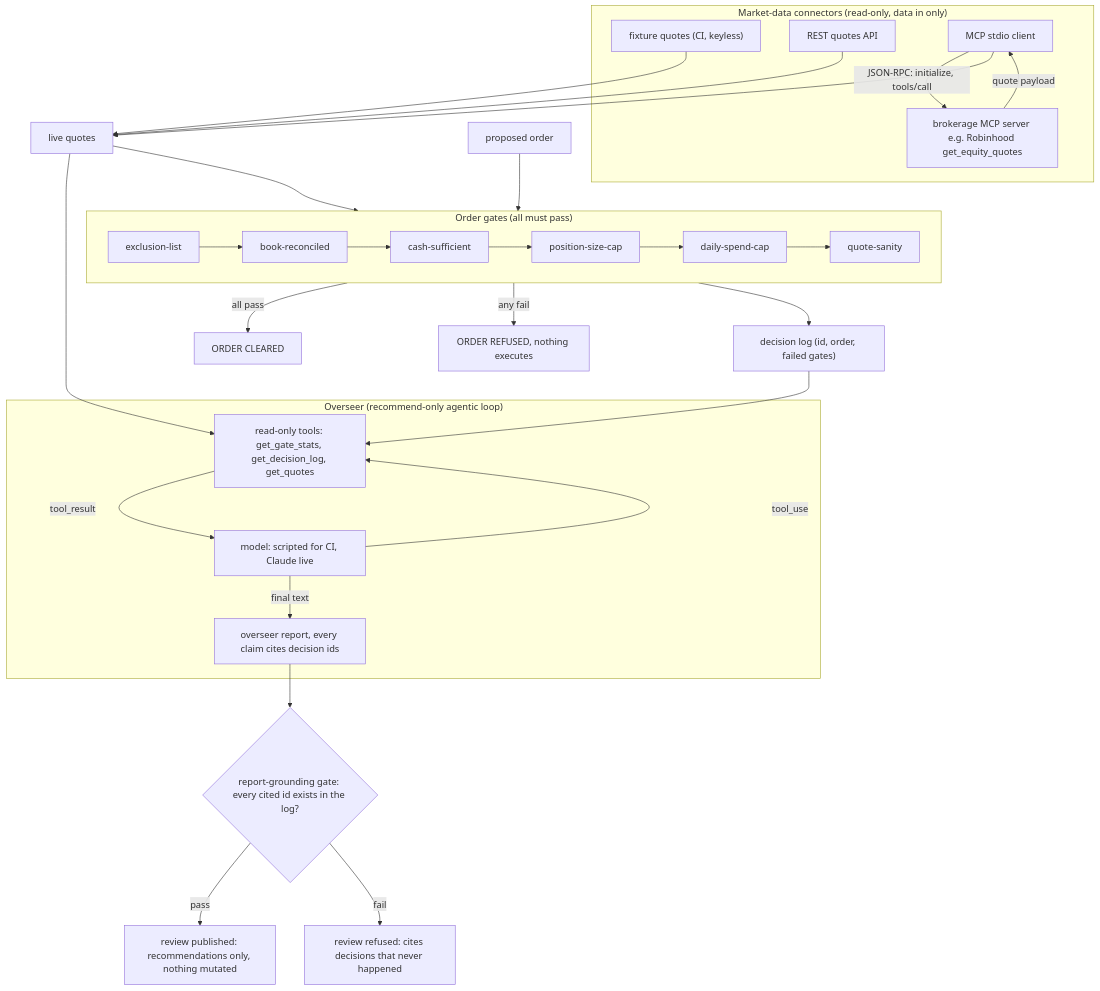
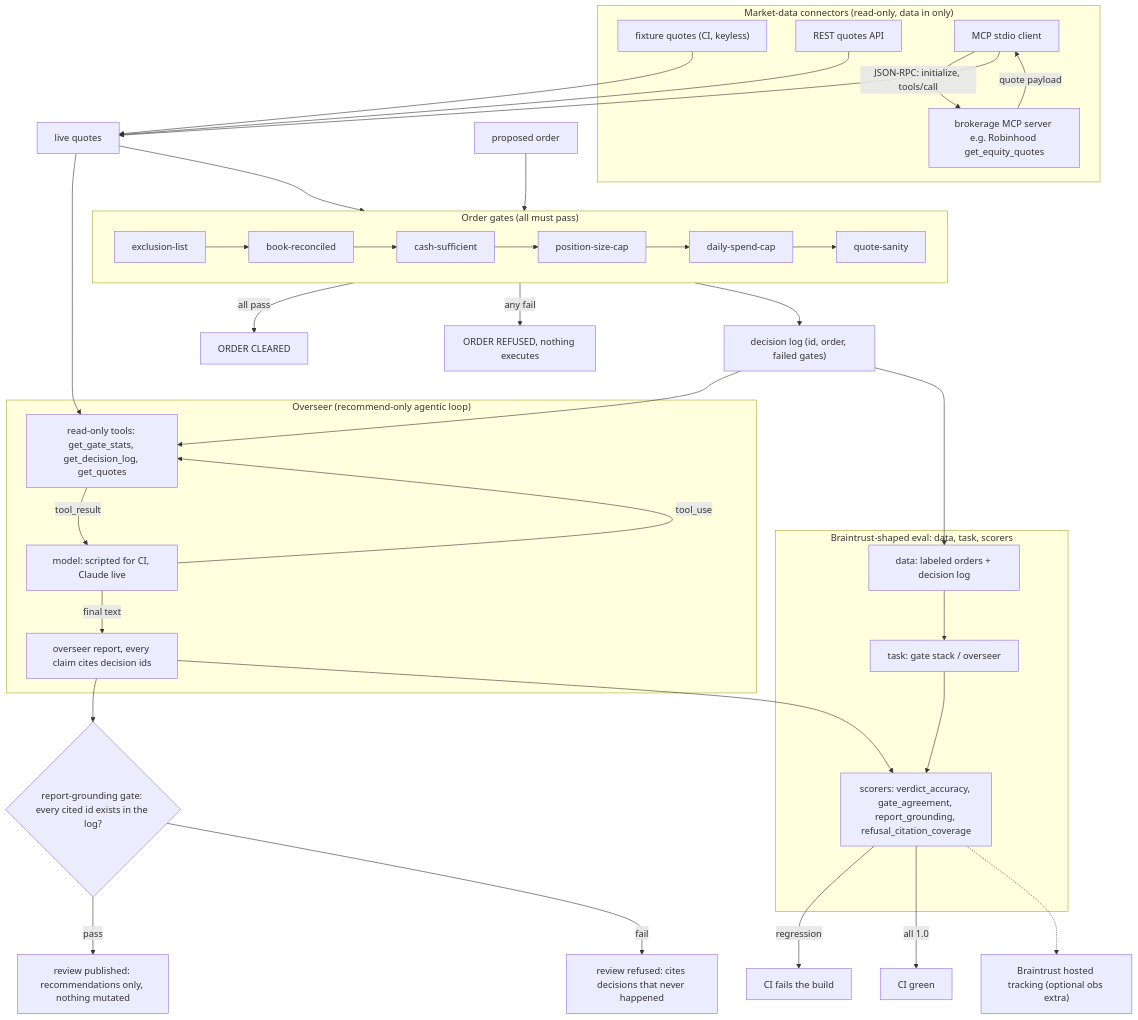
The diagram in README.md (jbisaccia-9/trade-gate), drawn with Mermaid before and after one commit.

Commit message:
Flowchart: add the Braintrust-shaped eval flow

````diff
--- a/README.md
+++ b/README.md
@@ -102,42 +102,55 @@
 ```mermaid
 flowchart TB
     subgraph DATA["Market-data connectors (read-only, data in only)"]
         FIXQ["fixture quotes (CI, keyless)"]
         APIQ["REST quotes API"]
         MCPQ["MCP stdio client"]
         SRV["brokerage MCP server e.g. Robinhood get_equity_quotes"]
         MCPQ -- "JSON-RPC: initialize, tools/call" --> SRV
         SRV -- "quote payload" --> MCPQ
     end
 
     ORDER["proposed order"] --> GATES
     FIXQ --> QUOTES["live quotes"]
     APIQ --> QUOTES
     MCPQ --> QUOTES
     QUOTES --> GATES
 
     subgraph GATES["Order gates (all must pass)"]
         G1["exclusion-list"] --> G2["book-reconciled"]
         G2 --> G3["cash-sufficient"]
         G3 --> G4["position-size-cap"]
         G4 --> G5["daily-spend-cap"]
         G5 --> G6["quote-sanity"]
     end
 
     GATES -- "all pass" --> CLEAR["ORDER CLEARED"]
     GATES -- "any fail" --> REFUSE["ORDER REFUSED, nothing executes"]
     GATES --> LOG["decision log (id, order, failed gates)"]
 
     subgraph OVR["Overseer (recommend-only agentic loop)"]
         M["model: scripted for CI, Claude live"]
         M -- "tool_use" --> T["read-only tools: get_gate_stats, get_decision_log, get_quotes"]
         T -- "tool_result" --> M
         M -- "final text" --> R["overseer report, every claim cites decision ids"]
     end
 
     LOG --> T
     QUOTES --> T
     R --> RG{"report-grounding gate: every cited id exists in the log?"}
     RG -- "pass" --> PUB["review published: recommendations only, nothing mutated"]
     RG -- "fail" --> BLOCK["review refused: cites decisions that never happened"]
+
+    subgraph EVAL["Braintrust-shaped eval: data, task, scorers"]
+        DATAE["data: labeled orders + decision log"]
+        TASK["task: gate stack / overseer"]
+        SC["scorers: verdict_accuracy, gate_agreement, report_grounding, refusal_citation_coverage"]
+        DATAE --> TASK --> SC
+    end
+
+    LOG --> DATAE
+    R --> SC
+    SC -- "regression" --> CIFAIL["CI fails the build"]
+    SC -- "all 1.0" --> CIOK["CI green"]
+    SC -.-> BT["Braintrust hosted tracking (optional obs extra)"]
 ```
````
